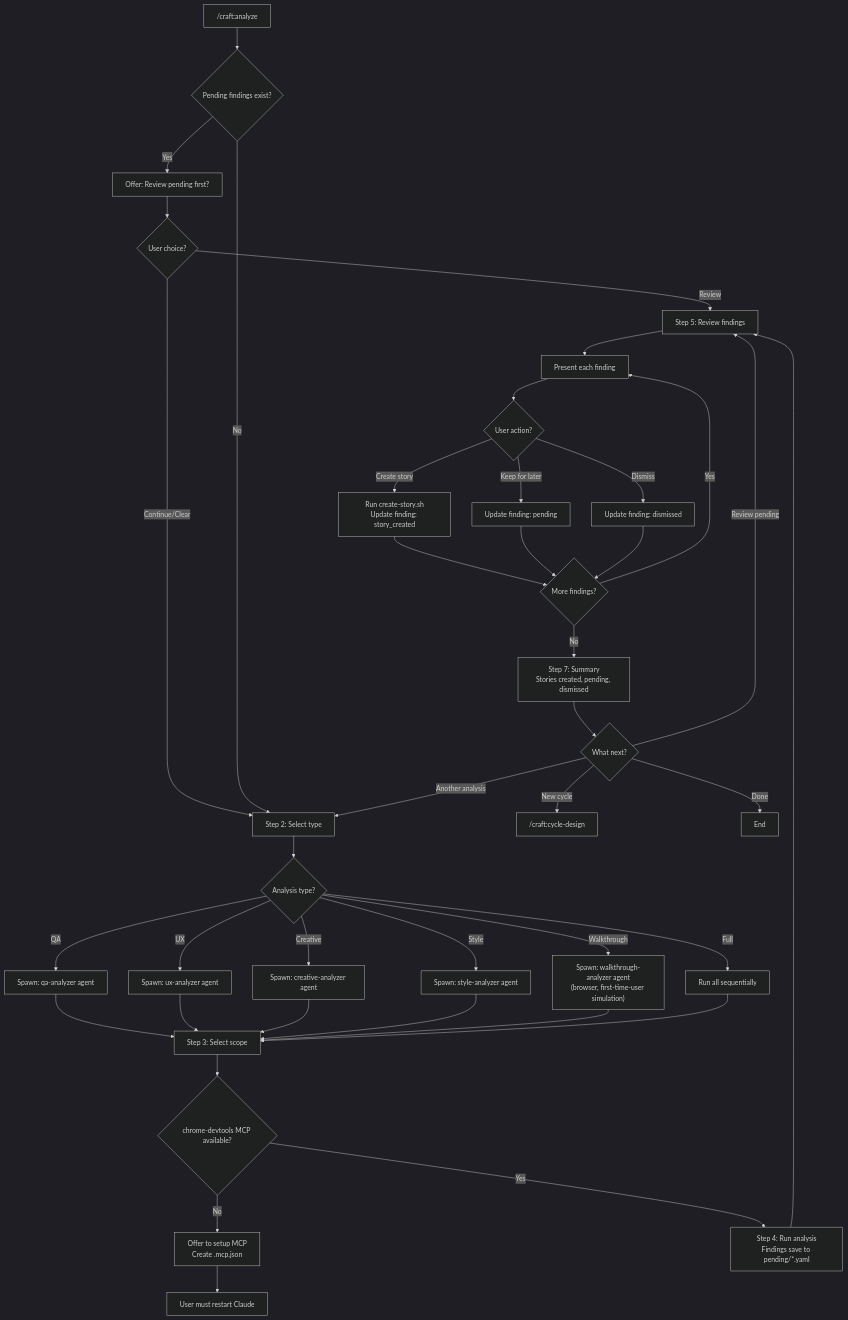
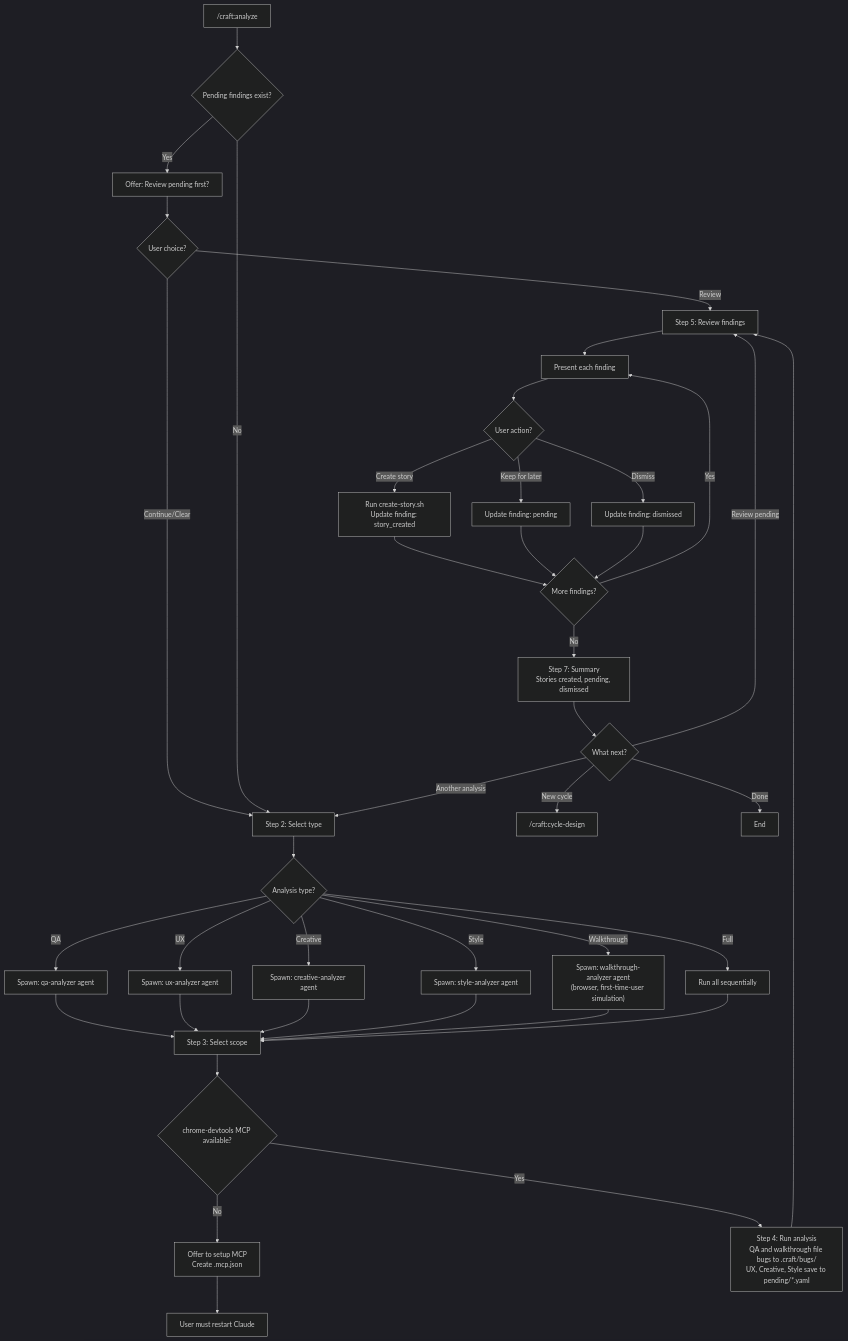
The eighth of 15 diagrams in docs/decision-tree.md (agent-memory-atlas-archive/drobins25--craft), drawn with Mermaid before and after one commit. The commit also changed other lines of this file and 19 other files, not shown here.

First line of the commit message:
feat: Feed /craft:bugs from the places that already find bugs

````diff
--- a/docs/decision-tree.md
+++ b/docs/decision-tree.md
@@ -386,57 +386,57 @@
 ```mermaid
 %%{init: {'theme': 'dark'}}%%
 flowchart TD
     ANALYZE["/craft:analyze"] --> CHECK_PENDING{"Pending findings exist?"}
 
     CHECK_PENDING -->|Yes| OFFER_REVIEW["Offer: Review pending first?"]
     OFFER_REVIEW --> REVIEW_CHOICE{"User choice?"}
     REVIEW_CHOICE -->|Review| JUMP_REVIEW["Jump to Step 5: Review"]
     REVIEW_CHOICE -->|Continue/Clear| SELECT_TYPE["Step 2: Select type"]
 
     CHECK_PENDING -->|No| SELECT_TYPE
 
     SELECT_TYPE --> TYPE{"Analysis type?"}
 
     TYPE -->|QA| QA["Spawn: qa-analyzer agent"]
     TYPE -->|UX| UX["Spawn: ux-analyzer agent"]
     TYPE -->|Creative| CREATIVE["Spawn: creative-analyzer agent"]
     TYPE -->|Style| STYLE["Spawn: style-analyzer agent"]
     TYPE -->|Walkthrough| WALK["Spawn: walkthrough-analyzer agent<br/>(browser, first-time-user simulation)"]
     TYPE -->|Full| ALL["Run all sequentially"]
 
     QA --> SCOPE["Step 3: Select scope"]
     UX --> SCOPE
     CREATIVE --> SCOPE
     STYLE --> SCOPE
     WALK --> SCOPE
     ALL --> SCOPE
 
     SCOPE --> CHECK_MCP{"chrome-devtools MCP available?"}
 
     CHECK_MCP -->|No| SETUP_MCP["Offer to setup MCP<br/>Create .mcp.json"]
     SETUP_MCP --> RESTART["User must restart Claude"]
 
-    CHECK_MCP -->|Yes| RUN["Step 4: Run analysis<br/>Findings save to pending/*.yaml"]
+    CHECK_MCP -->|Yes| RUN["Step 4: Run analysis<br/>QA and walkthrough file bugs to .craft/bugs/<br/>UX, Creative, Style save to pending/*.yaml"]
 
     RUN --> JUMP_REVIEW["Step 5: Review findings"]
 
     JUMP_REVIEW --> FOR_FINDING["Present each finding"]
     FOR_FINDING --> ACTION{"User action?"}
 
     ACTION -->|"Create story"| CREATE_STORY["Run create-story.sh<br/>Update finding: story_created"]
     ACTION -->|"Keep for later"| KEEP["Update finding: pending"]
     ACTION -->|"Dismiss"| DISMISS["Update finding: dismissed"]
 
     CREATE_STORY --> MORE{"More findings?"}
     KEEP --> MORE
     DISMISS --> MORE
 
     MORE -->|Yes| FOR_FINDING
     MORE -->|No| SUMMARY["Step 7: Summary<br/>Stories created, pending, dismissed"]
 
     SUMMARY --> NEXT{"What next?"}
     NEXT -->|"Another analysis"| SELECT_TYPE
     NEXT -->|"Review pending"| JUMP_REVIEW
     NEXT -->|"New cycle"| ROUTE_CYCLE["/craft:cycle-design"]
     NEXT -->|"Done"| END["End"]
 ```
````
